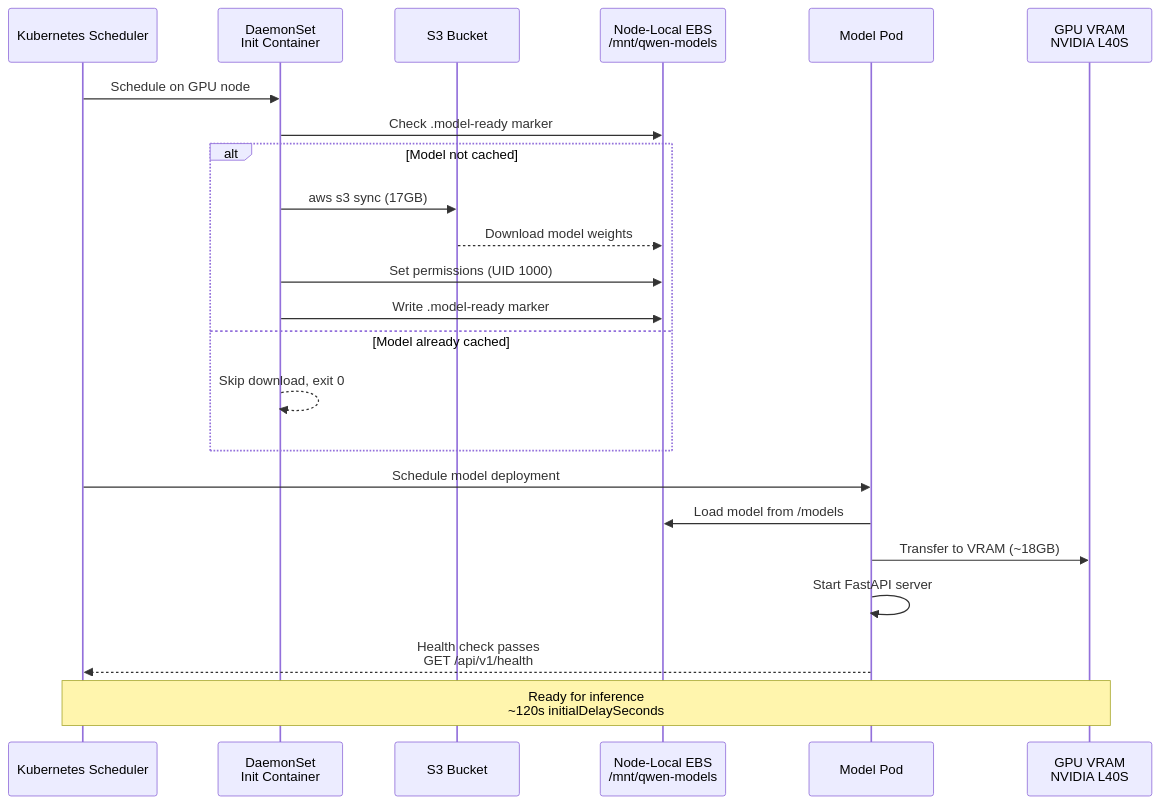
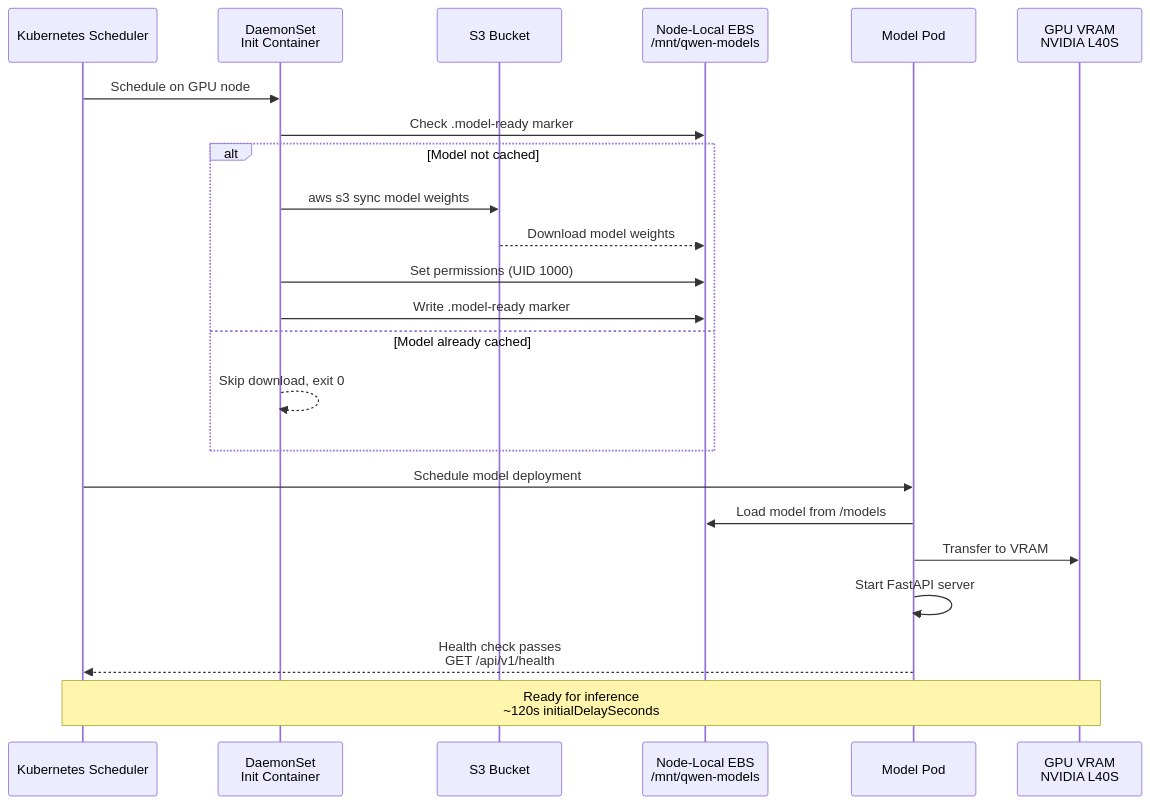
One commit to garystafford/qwen-image-edit-2511-eks-react changed the sixth of 6 diagrams in README.md. Above: the diagram before and after it, drawn with Mermaid. The commit also changed other lines of this file and 2 other files, not shown here.

````diff
--- a/README.md
+++ b/README.md
@@ -137,26 +137,26 @@
 ```mermaid
 sequenceDiagram
     participant K8s as Kubernetes Scheduler
     participant DS as DaemonSet<br/>Init Container
     participant S3 as S3 Bucket
     participant EBS as Node-Local EBS<br/>/mnt/qwen-models
     participant Pod as Model Pod
     participant GPU as GPU VRAM<br/>NVIDIA L40S
 
     K8s->>DS: Schedule on GPU node
     DS->>EBS: Check .model-ready marker
     alt Model not cached
-        DS->>S3: aws s3 sync (17GB)
+        DS->>S3: aws s3 sync model weights
         S3-->>EBS: Download model weights
         DS->>EBS: Set permissions (UID 1000)
         DS->>EBS: Write .model-ready marker
     else Model already cached
         DS-->>DS: Skip download, exit 0
     end
     K8s->>Pod: Schedule model deployment
     Pod->>EBS: Load model from /models
-    Pod->>GPU: Transfer to VRAM (~18GB)
+    Pod->>GPU: Transfer to VRAM
     Pod->>Pod: Start FastAPI server
     Pod-->>K8s: Health check passes<br/>GET /api/v1/health
     Note over K8s,GPU: Ready for inference<br/>~120s initialDelaySeconds
 ```
````
